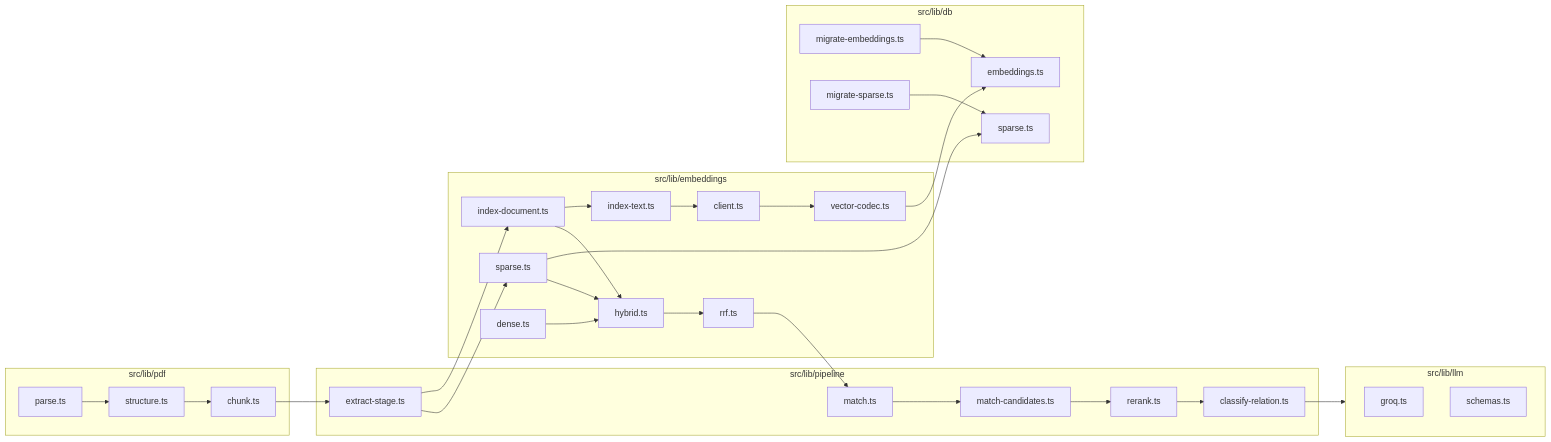
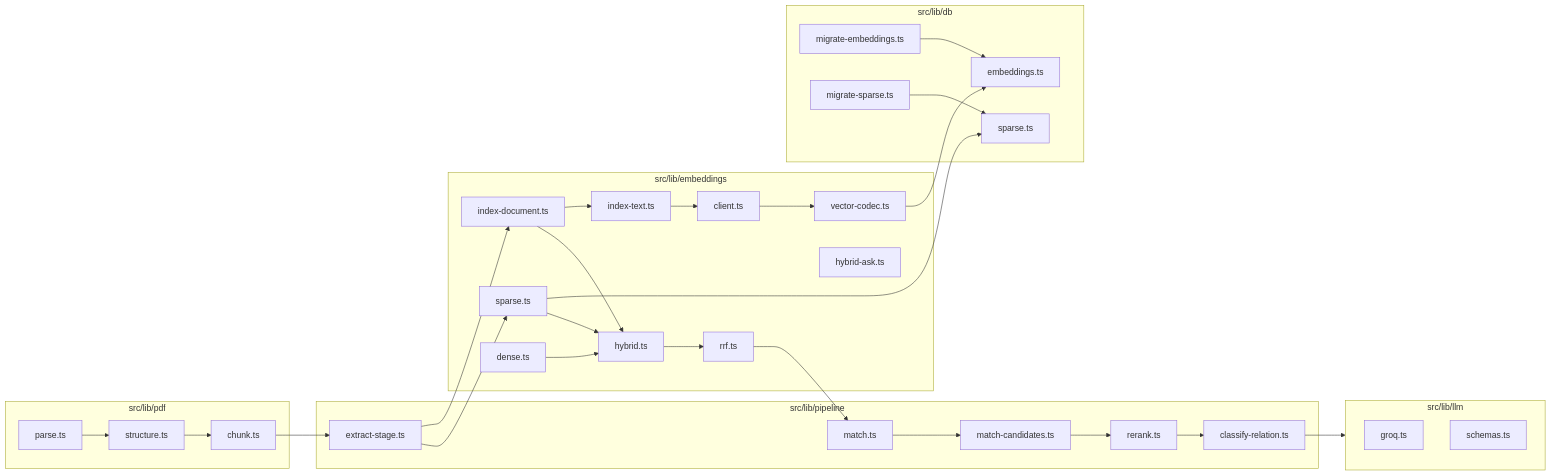
The tenth of 10 diagrams in docs/RAG_ARCHITECTURE.md (PrasannaPal21/superjoin-assignement), drawn with Mermaid before and after one commit. The commit also changed other lines of this file and 9 other files, not shown here.

Commit message:
feat(embeddings): indexed evidence for ask and hybrid-retrievable with citations

````diff
--- a/docs/RAG_ARCHITECTURE.md
+++ b/docs/RAG_ARCHITECTURE.md
@@ -413,50 +414,51 @@
 ```mermaid
 flowchart LR
   subgraph pdf [src/lib/pdf]
     parse[parse.ts]
     structure[structure.ts]
     chunk[chunk.ts]
   end
   subgraph pipe [src/lib/pipeline]
     extract[extract-stage.ts]
     candidates[match-candidates.ts]
     rerank[rerank.ts]
     classify[classify-relation.ts]
     match[match.ts]
   end
   subgraph emb [src/lib/embeddings]
     indexText[index-text.ts]
     client[client.ts]
     codec[vector-codec.ts]
     indexDoc[index-document.ts]
     sparse[sparse.ts]
     dense[dense.ts]
     rrf[rrf.ts]
     hybrid[hybrid.ts]
+    hybridAsk[hybrid-ask.ts]
   end
   subgraph dbemb [src/lib/db]
     migrateEmb[migrate-embeddings.ts]
     embCrud[embeddings.ts]
     migrateSparse[migrate-sparse.ts]
     sparseCrud[sparse.ts]
   end
   subgraph llm [src/lib/llm]
     groq[groq.ts]
     schemas[schemas.ts]
   end
 
   parse --> structure --> chunk --> extract
   extract --> indexDoc
   indexDoc --> indexText --> client
   client --> codec --> embCrud
   migrateEmb --> embCrud
   extract --> sparse
   sparse --> sparseCrud
   migrateSparse --> sparseCrud
   indexDoc --> hybrid
   sparse --> hybrid
   dense --> hybrid
   hybrid --> rrf --> match
   match --> candidates --> rerank --> classify
   classify --> llm
 ```
````
